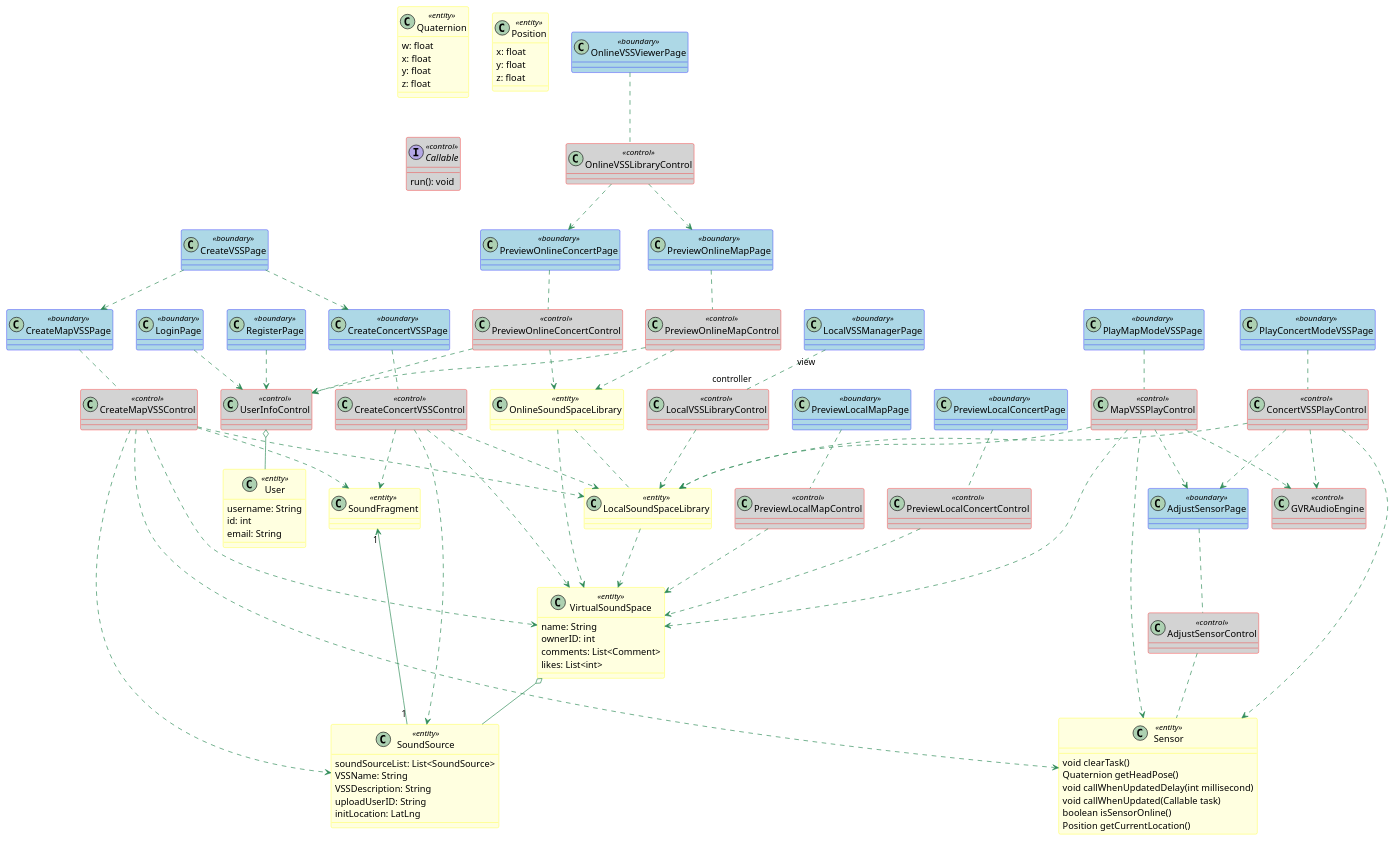
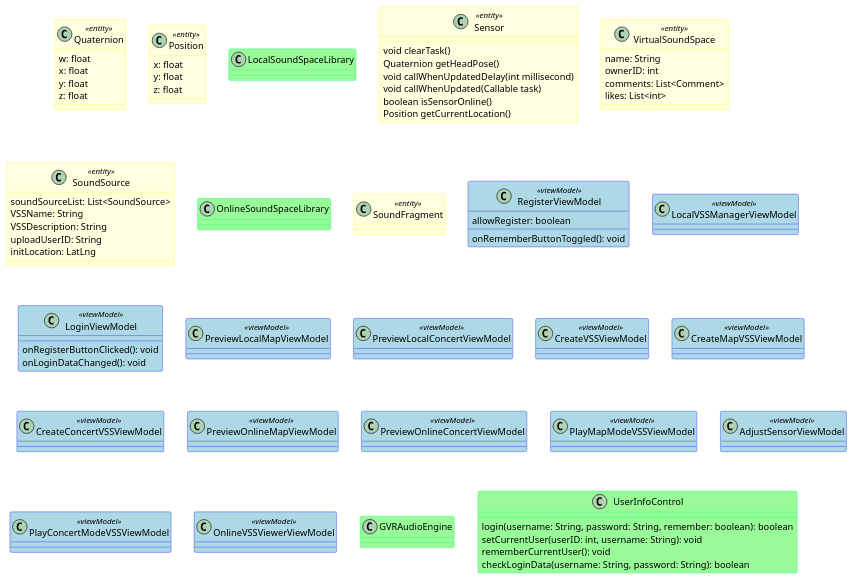
One commit to kpp19920121/doc changed the diagram in 设计/对象模型.md. Above: the diagram before and after it, drawn with PlantUML. The commit also changed other lines of this file and 2 other files, not shown here.

````diff
--- a/设计/对象模型.md
+++ b/设计/对象模型.md
@@ -65,8 +54,8 @@
 	BackgroundColor PaleGreen
 	ArrowColor SeaGreen
 	BorderColor SpringGreen
-	BackgroundColor<<boundary>> LightBlue
-	BorderColor<<boundary>> Blue
+	BackgroundColor<<viewModel>> LightBlue
+	BorderColor<<viewModel>> Blue
     BackgroundColor<<control>> LightGray
     BorderColor<<control>> Red
     BackgroundColor<<entity>> LightYellow
@@ -89,13 +78,7 @@
 }
 
 
-
-class User <<entity>> {
-	username: String
-	id: int
-	email: String
-}
-class LocalSoundSpaceLibrary <<entity>> {
+class LocalSoundSpaceLibrary {
 
 }
 class Sensor <<entity>> {
@@ -119,164 +102,69 @@
 	uploadUserID: String
 	initLocation: LatLng
 }
-class OnlineSoundSpaceLibrary <<entity>> {
-
-}
-class LocalSoundSpaceLibrary <<entity>> {
+class OnlineSoundSpaceLibrary {
 
 }
 class SoundFragment <<entity>> {
 
 }
-' Entity Ends
-' ======
-' Control Begins
-interface Callable <<control>>{
-	run(): void
-}
-class UserInfoControl <<control>> {
+class RegisterViewModel <<viewModel>> {
+	allowRegister: boolean
+	onRememberButtonToggled(): void
 
 }
-class LocalVSSLibraryControl <<control>> {
+class LocalVSSManagerViewModel <<viewModel>> {
 
 }
-class CreateMapVSSControl <<control>> {
+class LoginViewModel <<viewModel>> {
+
+	onRegisterButtonClicked(): void
+	onLoginDataChanged(): void
+}
+class PreviewLocalMapViewModel <<viewModel>> {
 
 }
-class CreateConcertVSSControl <<control>> {
+class PreviewLocalConcertViewModel <<viewModel>> {
 
 }
-class PreviewOnlineMapControl <<control>> {
+class CreateVSSViewModel <<viewModel>> {
 
 }
-class PreviewOnlineConcertControl <<control>> {
+class CreateMapVSSViewModel <<viewModel>> {
+
+}
+class CreateConcertVSSViewModel <<viewModel>> {
+
+}
+class PreviewOnlineMapViewModel <<viewModel>> {
+
+}
+class PreviewOnlineConcertViewModel <<viewModel>> {
+
+}
+class PlayMapModeVSSViewModel <<viewModel>> {
 
 }
 
-class PreviewLocalMapControl <<control>> {
+class AdjustSensorViewModel <<viewModel>> {
 
 }
-class PreviewLocalConcertControl <<control>> {
-
-}
-class MapVSSPlayControl <<control>> {
+class PlayConcertModeVSSViewModel <<viewModel>> {
 
 }
 
-class GVRAudioEngine <<control>> {
+class OnlineVSSViewerViewModel <<viewModel>> {
 
 }
-class ConcertVSSPlayControl <<control>> {
+class GVRAudioEngine {
 
 }
-class AdjustSensorControl <<control>> {
-
+class UserInfoControl {
+	login(username: String, password: String, remember: boolean): boolean
+	setCurrentUser(userID: int, username: String): void
+	rememberCurrentUser(): void
+	checkLoginData(username: String, password: String): boolean
 }
-
-class OnlineVSSLibraryControl <<control>> {
-
-}
-' Control Ends
-' ============
-' Boundary Begin
-class RegisterPage <<boundary>> {
-
-}
-class LocalVSSManagerPage <<boundary>> {
-
-}
-class LoginPage <<boundary>> {
-
-}
-class PreviewLocalMapPage <<boundary>> {
-
-}
-class PreviewLocalConcertPage <<boundary>> {
-
-}
-class CreateVSSPage <<boundary>> {
-
-}
-class CreateMapVSSPage <<boundary>> {
-
-}
-class CreateConcertVSSPage <<boundary>> {
-
-}
-class PreviewOnlineMapPage <<boundary>> {
-
-}
-class PreviewOnlineConcertPage <<boundary>> {
-
-}
-class PlayMapModeVSSPage <<boundary>> {
-
-}
-
-class AdjustSensorPage <<boundary>> {
-
-}
-class PlayConcertModeVSSPage <<boundary>> {
-
-}
-
-class OnlineVSSViewerPage <<boundary>> {
-
-}
-' Boundary Ends
-
-
-
-
-UserInfoControl o-- User
-LocalVSSManagerPage "view" .. "controller" LocalVSSLibraryControl
-LocalVSSLibraryControl ..> LocalSoundSpaceLibrary
-CreateMapVSSPage .. CreateMapVSSControl
-CreateMapVSSControl ..> LocalSoundSpaceLibrary
-LocalSoundSpaceLibrary ..> VirtualSoundSpace
-LoginPage ..> UserInfoControl
-RegisterPage ..> UserInfoControl
-CreateMapVSSControl ..> Sensor
-CreateMapVSSControl ..> VirtualSoundSpace
-CreateMapVSSControl ..> SoundSource
-VirtualSoundSpace o-- SoundSource
-CreateConcertVSSPage .. CreateConcertVSSControl
-CreateConcertVSSControl ..> VirtualSoundSpace
-CreateConcertVSSControl ..> LocalSoundSpaceLibrary
-CreateConcertVSSControl ..> SoundSource
-PreviewOnlineConcertPage .. PreviewOnlineConcertControl
-PreviewOnlineMapPage .. PreviewOnlineMapControl
-PreviewOnlineMapControl ..> UserInfoControl
-PreviewOnlineConcertControl ..> UserInfoControl
-PreviewOnlineMapControl ..> OnlineSoundSpaceLibrary
-PreviewOnlineConcertControl ..> OnlineSoundSpaceLibrary
-OnlineSoundSpaceLibrary ..> VirtualSoundSpace
-OnlineSoundSpaceLibrary .. LocalSoundSpaceLibrary
-PreviewLocalMapPage .. PreviewLocalMapControl
-PreviewLocalConcertPage .. PreviewLocalConcertControl
-PreviewLocalConcertControl ..> VirtualSoundSpace
-PreviewLocalMapControl ..> VirtualSoundSpace
-CreateVSSPage ..> CreateMapVSSPage
-CreateVSSPage ..> CreateConcertVSSPage
-PlayMapModeVSSPage .. MapVSSPlayControl
-MapVSSPlayControl ..> LocalSoundSpaceLibrary
-MapVSSPlayControl ..> VirtualSoundSpace
-MapVSSPlayControl ..> Sensor
-MapVSSPlayControl ..> GVRAudioEngine
-MapVSSPlayControl ..> AdjustSensorPage
-PlayConcertModeVSSPage .. ConcertVSSPlayControl
-ConcertVSSPlayControl ..> LocalSoundSpaceLibrary
-ConcertVSSPlayControl ..> Sensor
-ConcertVSSPlayControl ..> GVRAudioEngine
-ConcertVSSPlayControl ..> AdjustSensorPage
-OnlineVSSViewerPage .. OnlineVSSLibraryControl
-OnlineVSSLibraryControl ..> PreviewOnlineConcertPage
-OnlineVSSLibraryControl ..> PreviewOnlineMapPage
-AdjustSensorPage .. AdjustSensorControl
-AdjustSensorControl .. Sensor
-SoundFragment "1" <-- "1" SoundSource
-CreateMapVSSControl ..> SoundFragment
-CreateConcertVSSControl ..> SoundFragment
 
 @enduml
 ```
````
